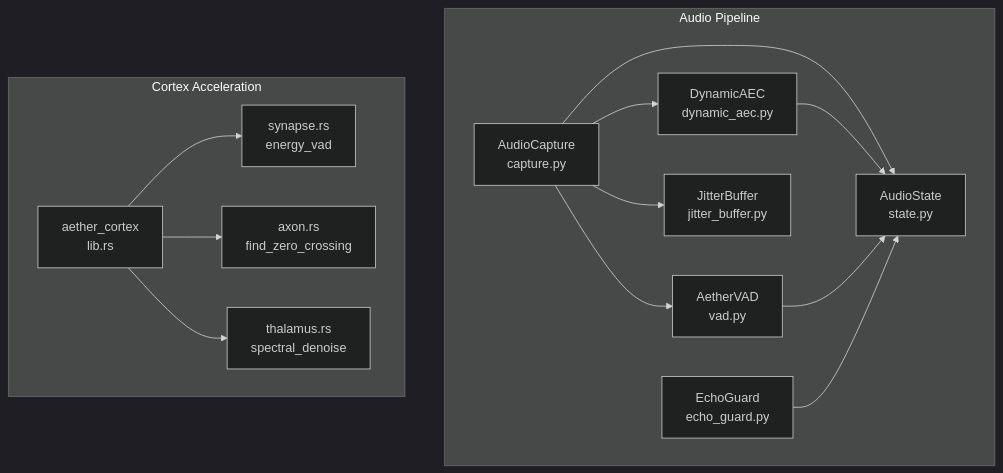
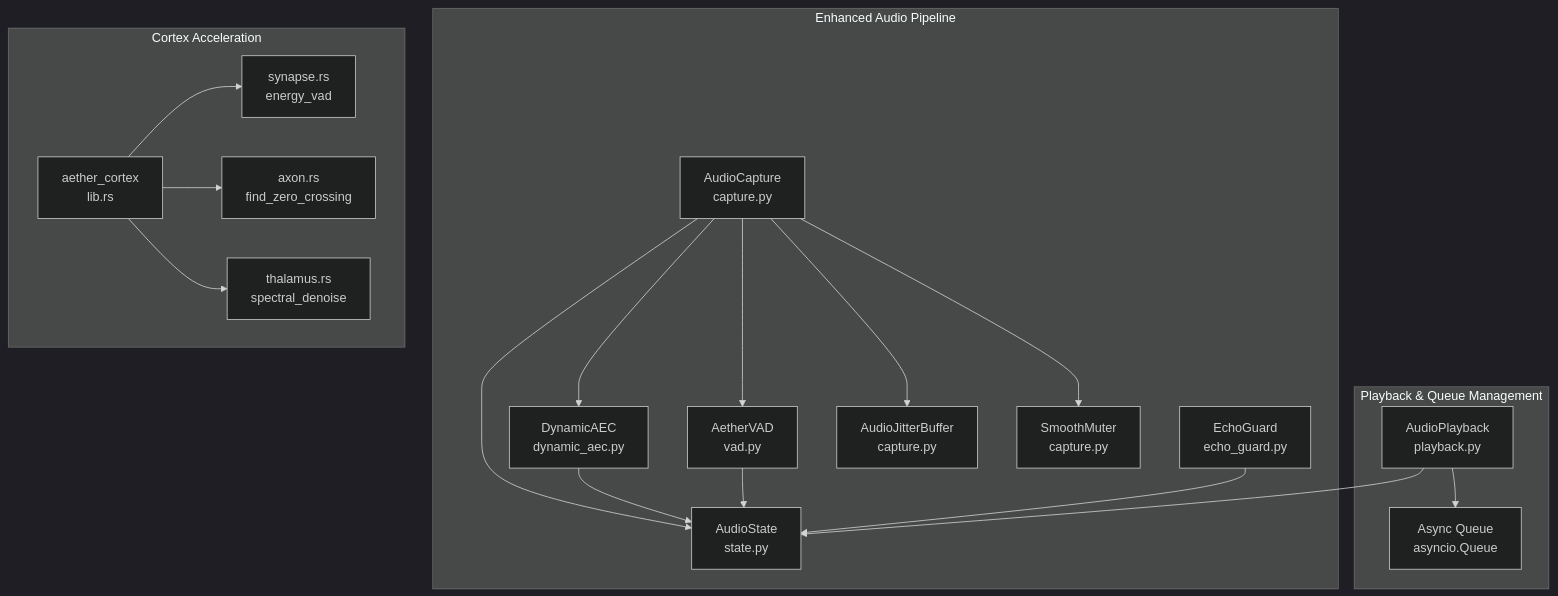
One commit to Moeabdelaziz007/Aether-Voice-OS changed the first of 11 diagrams in .qoder/repowiki/en/content/Audio Processing System/Thalamic Gate V2 Algorithm/Thalamic Gate V2 Algorithm.md. Above: the diagram before and after it, drawn with Mermaid (dark theme). The commit also changed other lines of this file and 29 other files, not shown here.

````diff
--- a/.qoder/repowiki/en/content/Audio Processing System/Thalamic Gate V2 Algorithm/Thalamic Gate V2 Algorithm.md
+++ b/.qoder/repowiki/en/content/Audio Processing System/Thalamic Gate V2 Algorithm/Thalamic Gate V2 Algorithm.md
@@ -46,27 +60,35 @@
 ```mermaid
 graph TB
-subgraph "Audio Pipeline"
+subgraph "Enhanced Audio Pipeline"
 CAP["AudioCapture<br/>capture.py"]
 AEC["DynamicAEC<br/>dynamic_aec.py"]
 VAD["AetherVAD<br/>vad.py"]
 EG["EchoGuard<br/>echo_guard.py"]
-JT["JitterBuffer<br/>jitter_buffer.py"]
+AJB["AudioJitterBuffer<br/>capture.py"]
+SM["SmoothMuter<br/>capture.py"]
 ST["AudioState<br/>state.py"]
+end
+subgraph "Playback & Queue Management"
+AP["AudioPlayback<br/>playback.py"]
+AQ["Async Queue<br/>asyncio.Queue"]
 end
 subgraph "Cortex Acceleration"
 CT["aether_cortex<br/>lib.rs"]
 SYN["synapse.rs<br/>energy_vad"]
 AXN["axon.rs<br/>find_zero_crossing"]
 THM["thalamus.rs<br/>spectral_denoise"]
 end
 CAP --> AEC
 CAP --> VAD
-CAP --> JT
+CAP --> AJB
+CAP --> SM
 CAP --> ST
 AEC --> ST
 VAD --> ST
 EG --> ST
+AP --> AQ
+AP --> ST
 CT --> SYN
 CT --> AXN
 CT --> THM
 ```
````
